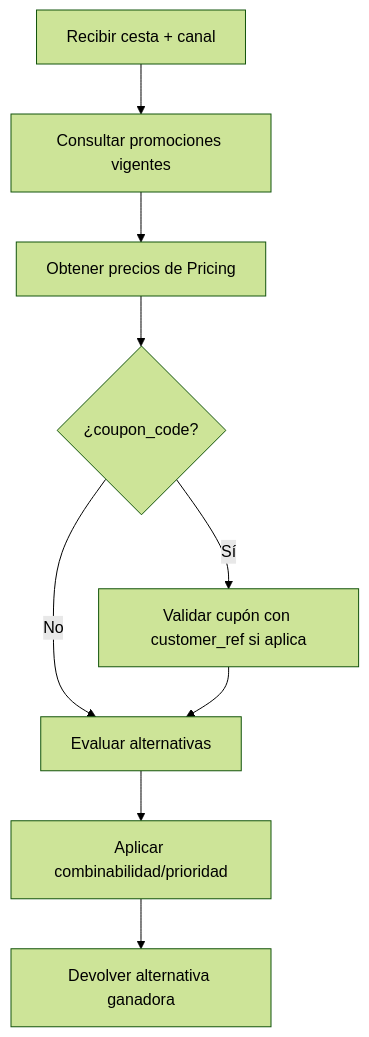
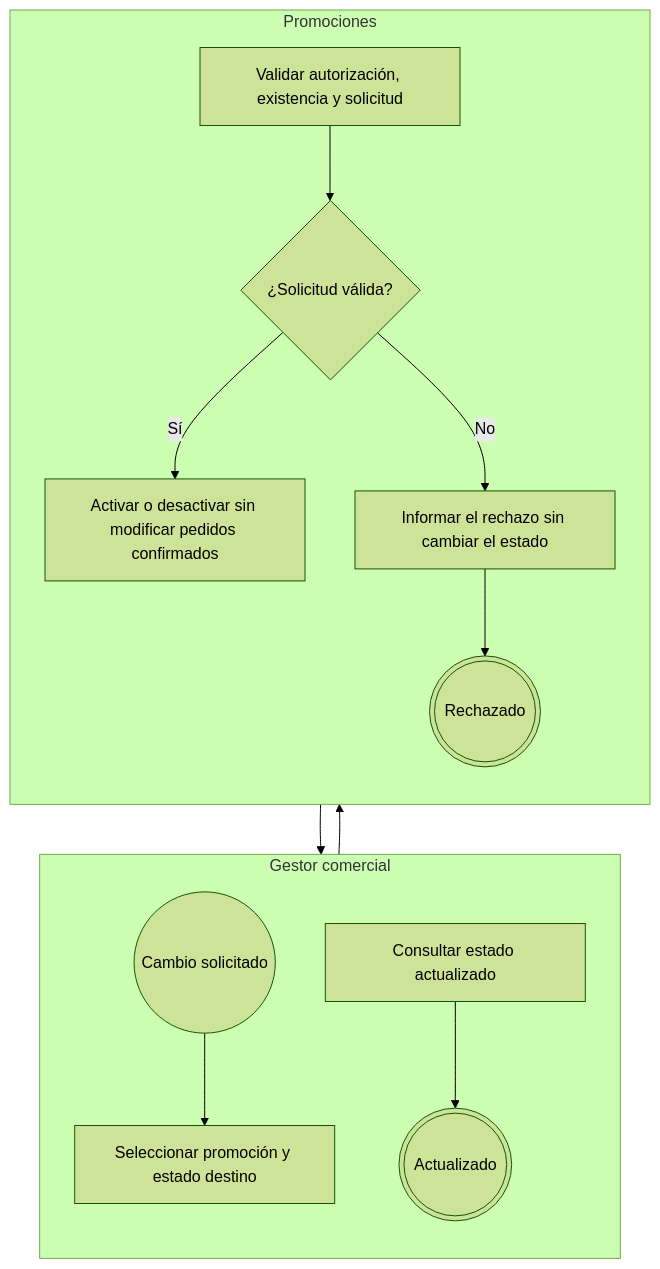
The second of 4 diagrams in flujos/FLOW-006-gestion-ofertas-promociones.md (Taller-SW-Web/G6-Productos-Ofertas-docs), drawn with Mermaid (forest theme) before and after one commit. The commit also changed other lines of this file and 2 other files, not shown here.

Commit message:
docs(flujos): completar cupones, promociones y recomendaciones (#38)

````diff
--- a/flujos/FLOW-006-gestion-ofertas-promociones.md
+++ b/flujos/FLOW-006-gestion-ofertas-promociones.md
@@ -4,11 +79,21 @@
 ```mermaid
-flowchart TD
-    A["Recibir cesta + canal"] --> B["Consultar promociones vigentes"]
-    B --> C["Obtener precios de Pricing"]
-    C --> D{"¿coupon_code?"}
-    D -->|Sí| E["Validar cupón con customer_ref si aplica"]
-    D -->|No| F["Evaluar alternativas"]
-    E --> F
-    F --> G["Aplicar combinabilidad/prioridad"]
-    G --> H["Devolver alternativa ganadora"]
+flowchart TB
+    subgraph G["Gestor comercial"]
+        direction TB
+        I(("Cambio solicitado"))
+        G1["Seleccionar promoción y estado destino"]
+        G2["Consultar estado actualizado"]
+        F((("Actualizado")))
+    end
+    subgraph P["Promociones"]
+        direction TB
+        P1["Validar autorización, existencia y solicitud"]
+        D1{"¿Solicitud válida?"}
+        P2["Activar o desactivar sin modificar pedidos confirmados"]
+        P3["Informar el rechazo sin cambiar el estado"]
+        X((("Rechazado")))
+    end
+    I --> G1 --> P1 --> D1
+    D1 -->|"Sí"| P2 --> G2 --> F
+    D1 -->|"No"| P3 --> X
 ```
````
